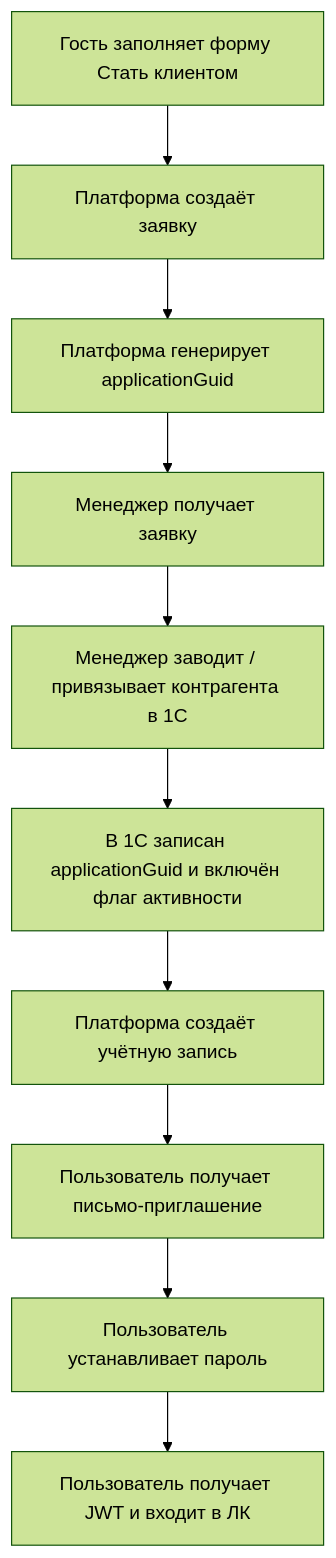
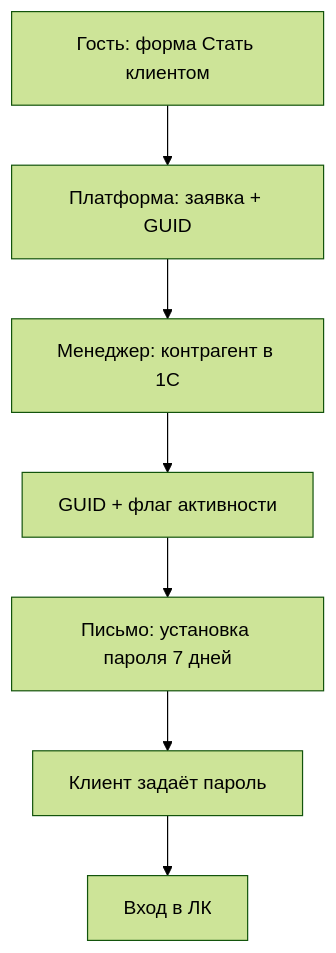
The diagram in Техническая часть/openapi_mvp_auth_onboarding.md (1dotblack/palizh-analytics), drawn with Mermaid (forest theme) before and after one commit. The commit also changed other lines of this file and 213 other files, not shown here.

````diff
--- a/Техническая часть/openapi_mvp_auth_onboarding.md
+++ b/Техническая часть/openapi_mvp_auth_onboarding.md
@@ -57,12 +57,9 @@
 ```mermaid
 flowchart TB
-    A[Гость заполняет форму Стать клиентом] --> B[Платформа создаёт заявку]
-    B --> C[Платформа генерирует applicationGuid]
-    C --> D[Менеджер получает заявку]
-    D --> E[Менеджер заводит / привязывает контрагента в 1С]
-    E --> F[В 1С записан applicationGuid и включён флаг активности]
-    F --> G[Платформа создаёт учётную запись]
-    G --> H[Пользователь получает письмо-приглашение]
-    H --> I[Пользователь устанавливает пароль]
-    I --> J[Пользователь получает JWT и входит в ЛК]
+    A[Гость: форма Стать клиентом] --> B[Платформа: заявка + GUID]
+    B --> C[Менеджер: контрагент в 1С]
+    C --> D[GUID + флаг активности]
+    D --> E[Письмо: установка пароля 7 дней]
+    E --> F[Клиент задаёт пароль]
+    F --> G[Вход в ЛК]
 ```
````
